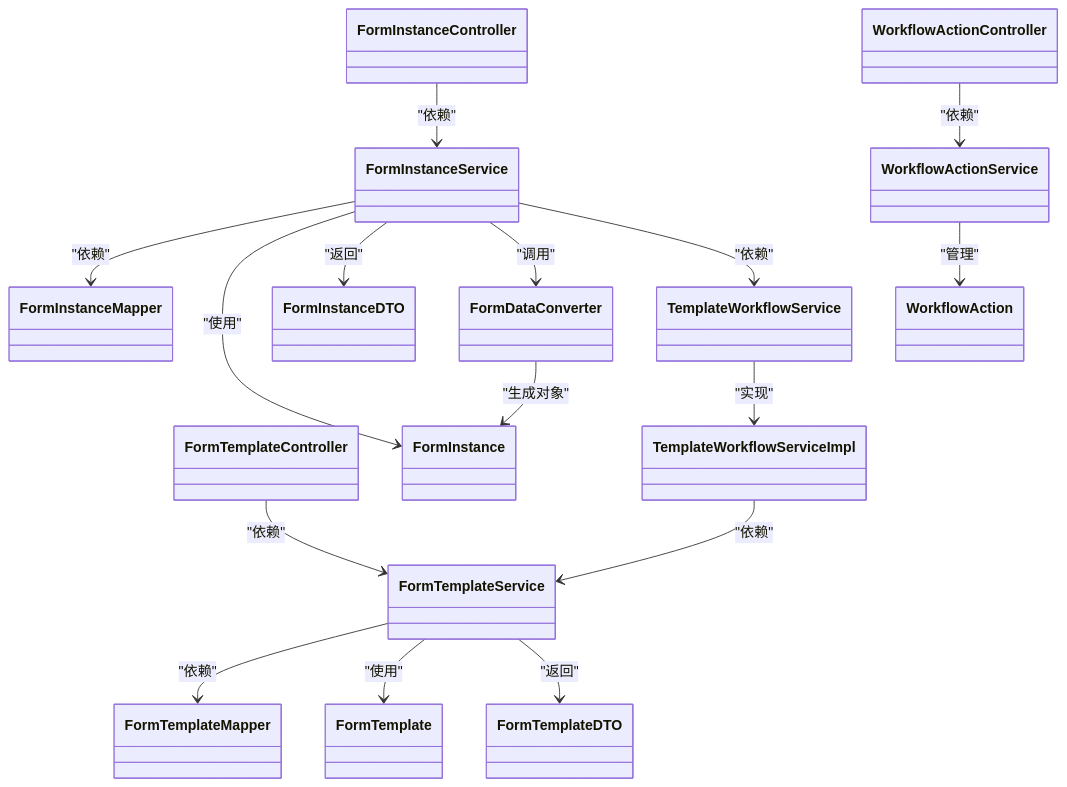
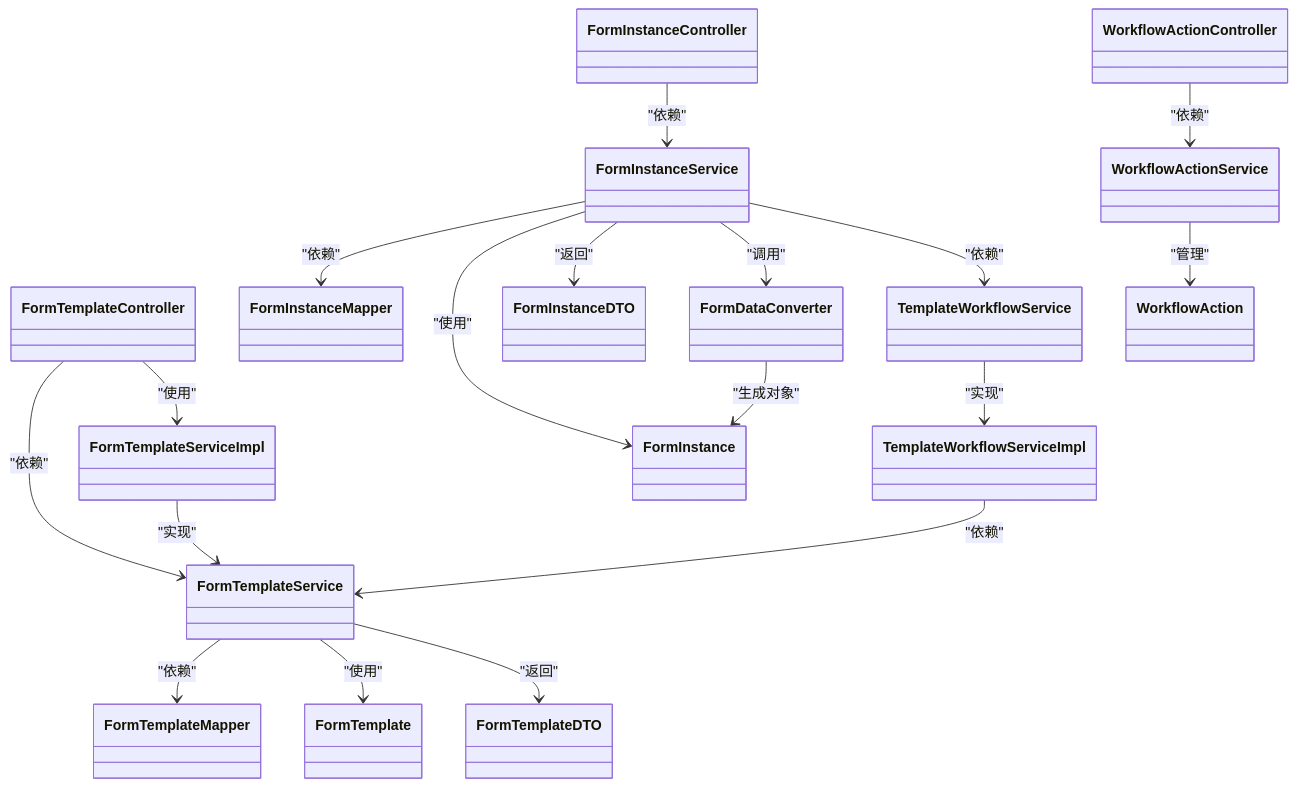
One commit to NJMrLi/genetics changed the fifth of 5 diagrams in .qoder/repowiki/zh/content/API接口文档/服务单模板API.md. Above: the diagram before and after it, drawn with Mermaid. The commit also changed other lines of this file and 3 other files, not shown here.

````diff
--- a/.qoder/repowiki/zh/content/API接口文档/服务单模板API.md
+++ b/.qoder/repowiki/zh/content/API接口文档/服务单模板API.md
@@ -419,34 +465,37 @@
 ```mermaid
 classDiagram
 class FormTemplateController
 class FormTemplateService
 class FormTemplateMapper
 class FormTemplate
 class FormTemplateDTO
 class FormInstanceController
 class FormInstanceService
 class FormInstanceMapper
 class FormInstance
 class FormInstanceDTO
 class FormDataConverter
 class TemplateWorkflowService
 class TemplateWorkflowServiceImpl
 class WorkflowActionController
 class WorkflowActionService
 class WorkflowAction
+class FormTemplateServiceImpl
 FormTemplateController --> FormTemplateService : "依赖"
 FormTemplateService --> FormTemplateMapper : "依赖"
 FormTemplateService --> FormTemplate : "使用"
 FormTemplateService --> FormTemplateDTO : "返回"
 FormInstanceController --> FormInstanceService : "依赖"
 FormInstanceService --> FormInstanceMapper : "依赖"
 FormInstanceService --> FormInstance : "使用"
 FormInstanceService --> FormInstanceDTO : "返回"
 FormInstanceService --> FormDataConverter : "调用"
 FormInstanceService --> TemplateWorkflowService : "依赖"
 TemplateWorkflowServiceImpl --> FormTemplateService : "依赖"
 TemplateWorkflowService --> TemplateWorkflowServiceImpl : "实现"
 WorkflowActionController --> WorkflowActionService : "依赖"
 WorkflowActionService --> WorkflowAction : "管理"
 FormDataConverter --> FormInstance : "生成对象"
+FormTemplateServiceImpl --> FormTemplateService : "实现"
+FormTemplateController --> FormTemplateServiceImpl : "使用"
 ```
````
